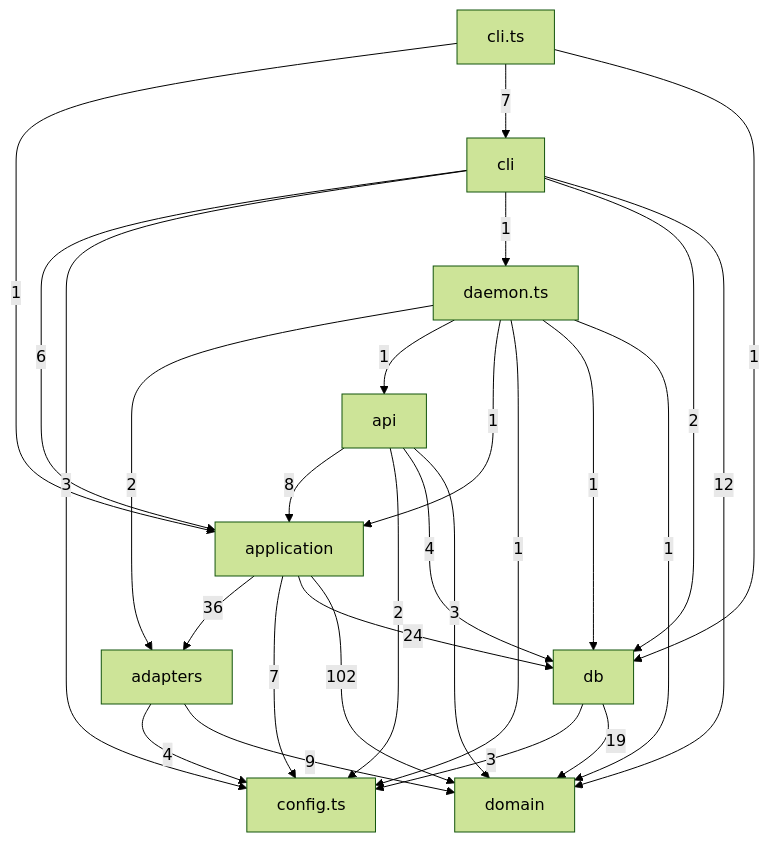
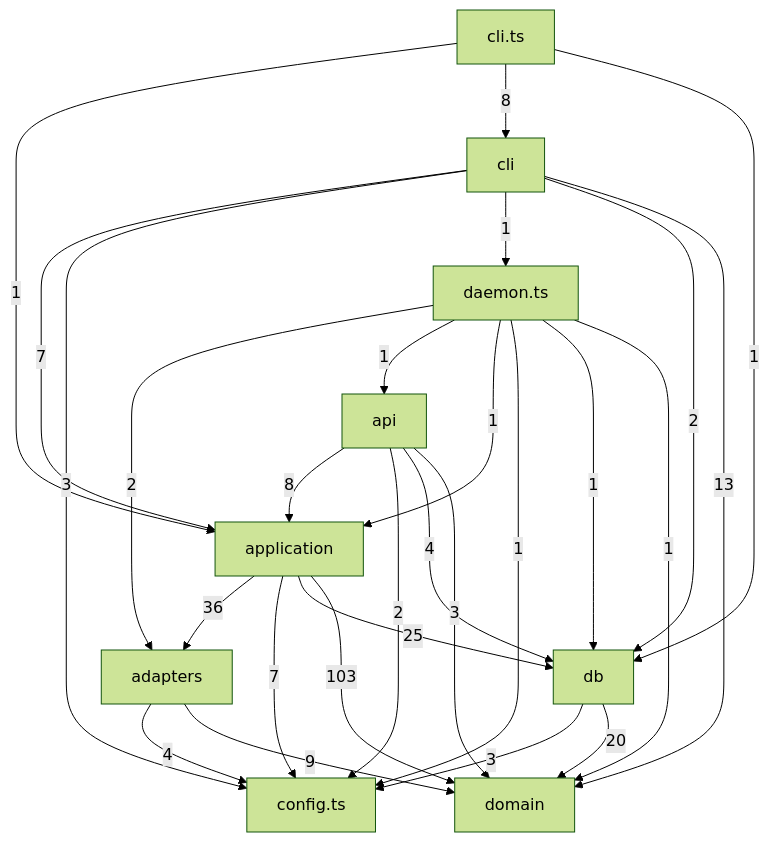
One commit to tomrobdev/agentdeck changed the third of 5 diagrams in docs/architecture.md. Above: the diagram before and after it, drawn with Mermaid (forest theme). The commit also changed 10 other files, not shown here.

````diff
--- a/docs/architecture.md
+++ b/docs/architecture.md
@@ -95,38 +95,38 @@
 ```mermaid
 flowchart TD
   adapters["adapters"]
   api["api"]
   application["application"]
   cli["cli"]
   cli_ts["cli.ts"]
   config_ts["config.ts"]
   daemon_ts["daemon.ts"]
   db["db"]
   domain["domain"]
   adapters -->|4| config_ts
   adapters -->|9| domain
   api -->|8| application
   api -->|2| config_ts
   api -->|4| db
   api -->|3| domain
   application -->|36| adapters
   application -->|7| config_ts
-  application -->|24| db
-  application -->|102| domain
+  application -->|25| db
+  application -->|103| domain
   cli_ts -->|1| application
-  cli_ts -->|7| cli
+  cli_ts -->|8| cli
   cli_ts -->|1| db
-  cli -->|6| application
+  cli -->|7| application
   cli -->|3| config_ts
   cli -->|1| daemon_ts
   cli -->|2| db
-  cli -->|12| domain
+  cli -->|13| domain
   daemon_ts -->|2| adapters
   daemon_ts -->|1| api
   daemon_ts -->|1| application
   daemon_ts -->|1| config_ts
   daemon_ts -->|1| db
   daemon_ts -->|1| domain
   db -->|3| config_ts
-  db -->|19| domain
+  db -->|20| domain
 ```
````
